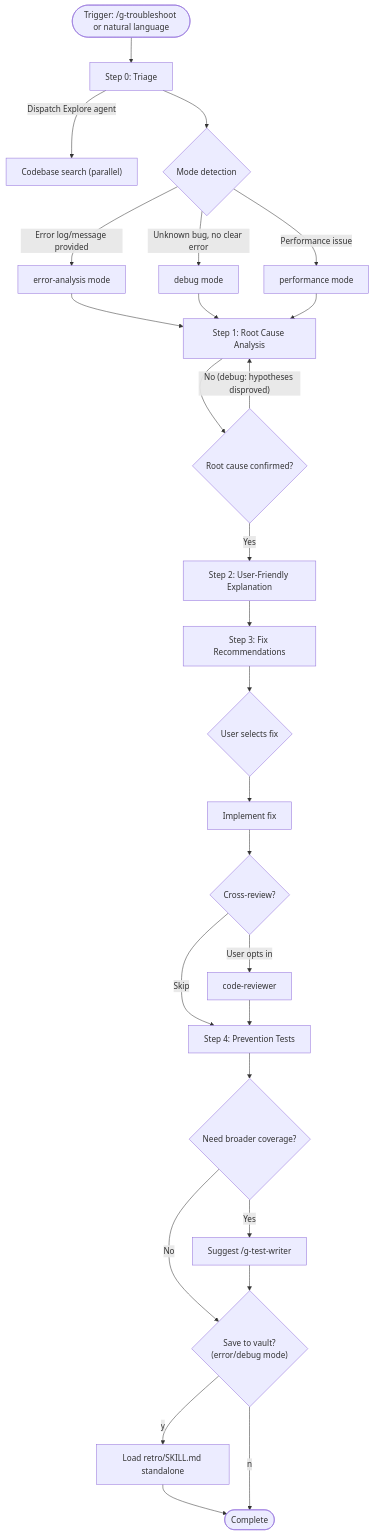
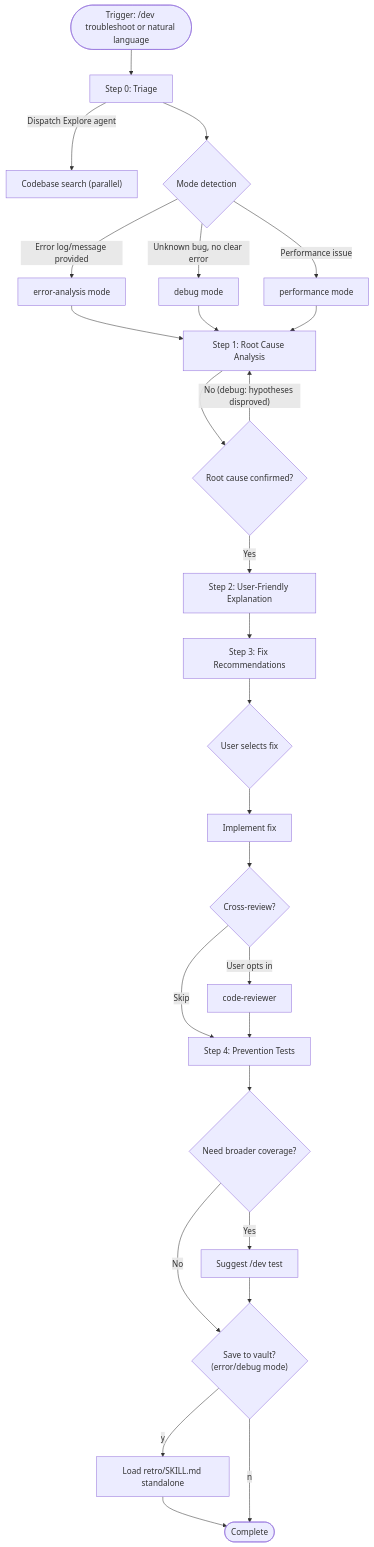
Before and after one commit to gloriaJun/grimoire: the diagram in skills/dev/tools/troubleshoot/SKILL.md, drawn with Mermaid. The commit also changed other lines of this file and 11 other files, not shown here.

First line of the commit message:
docs(dev): finish english-only and dev-test naming carry-over

````diff
--- a/skills/dev/tools/troubleshoot/SKILL.md
+++ b/skills/dev/tools/troubleshoot/SKILL.md
@@ -19,30 +19,30 @@
 ```mermaid
 flowchart TD
-    A(["Trigger: /g-troubleshoot or natural language"]) --> B["Step 0: Triage"]
+    A(["Trigger: /dev troubleshoot or natural language"]) --> B["Step 0: Triage"]
     B --> |"Dispatch Explore agent"| B2["Codebase search (parallel)"]
     B --> C{"Mode detection"}
     C -- "Error log/message provided" --> D["error-analysis mode"]
     C -- "Unknown bug, no clear error" --> E["debug mode"]
     C -- "Performance issue" --> F["performance mode"]
 
     D --> G["Step 1: Root Cause Analysis"]
     E --> G
     F --> G
 
     G --> H{"Root cause confirmed?"}
     H -- "No (debug: hypotheses disproved)" --> G
     H -- "Yes" --> I["Step 2: User-Friendly Explanation"]
     I --> J["Step 3: Fix Recommendations"]
     J --> K{"User selects fix"}
     K --> L["Implement fix"]
     L --> M{"Cross-review?"}
     M -- "User opts in" --> N["code-reviewer"]
     M -- "Skip" --> O["Step 4: Prevention Tests"]
     N --> O
     O --> P{"Need broader coverage?"}
     P -- "No" --> Q{"Save to vault?\n(error/debug mode)"}
-    P -- "Yes" --> R["Suggest /g-test-writer"]
+    P -- "Yes" --> R["Suggest /dev test"]
     R --> Q
     Q -- "y" --> S["Load retro/SKILL.md standalone"] --> T(["Complete"])
     Q -- "n" --> T
 ```
````
